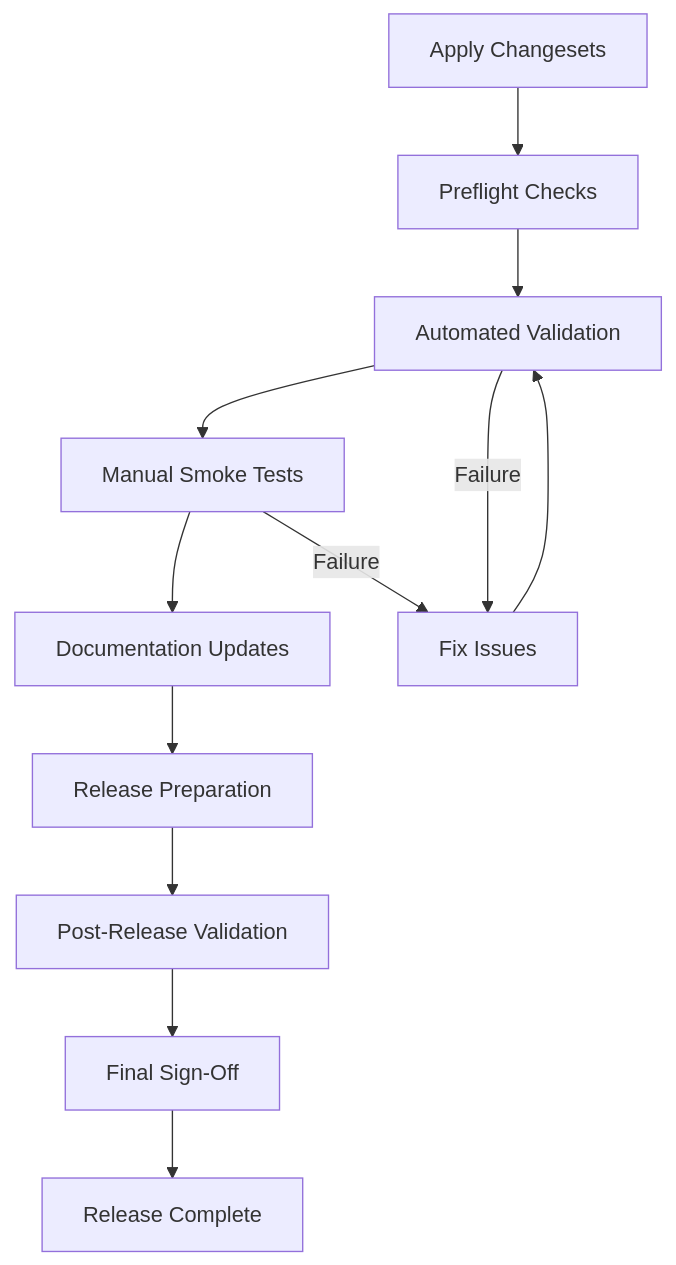
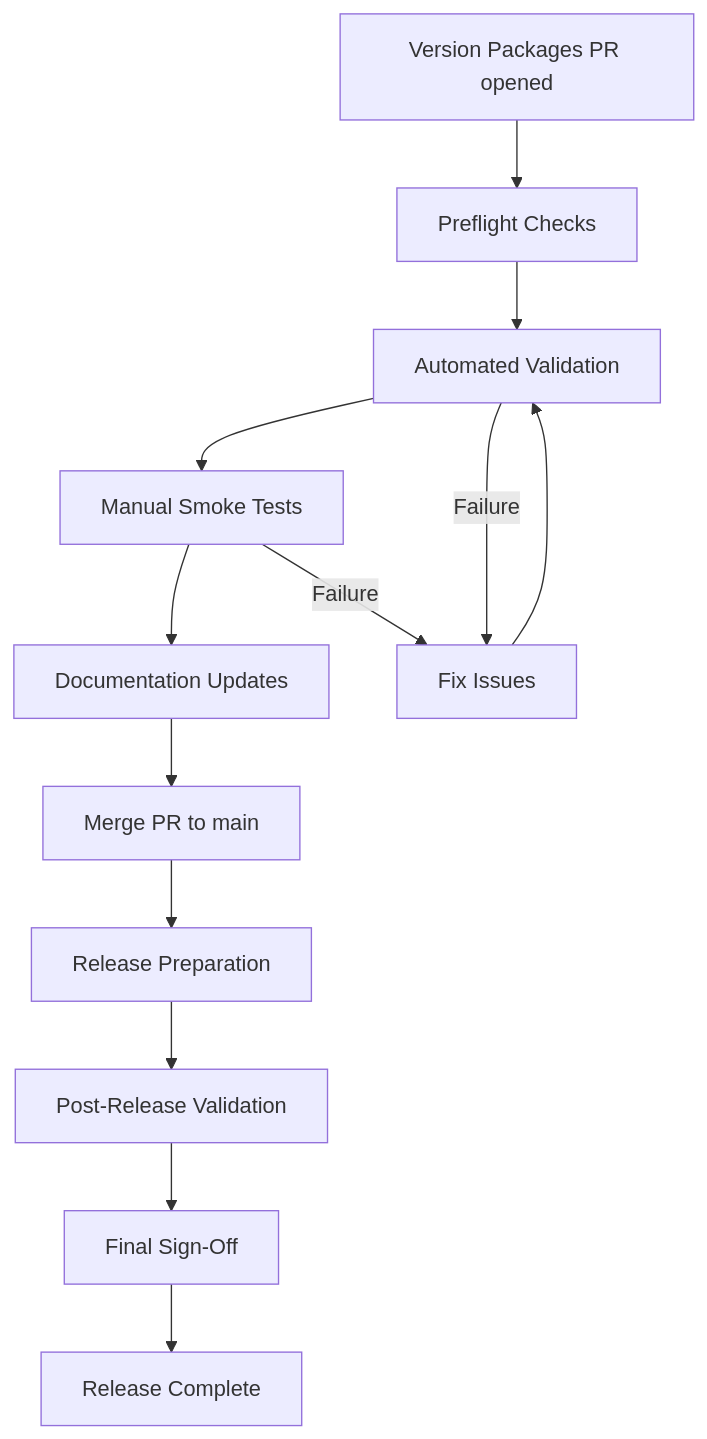
Before and after one commit to KingInYellows/yellow-plugins: the diagram in docs/operations/release-checklist.md, drawn with Mermaid. The commit also changed other lines of this file and 10 other files, not shown here.

````diff
--- a/docs/operations/release-checklist.md
+++ b/docs/operations/release-checklist.md
@@ -88,16 +90,17 @@
 ```mermaid
 graph TD
-    P[Apply Changesets] --> A[Preflight Checks]
+    P[Version Packages PR opened] --> A[Preflight Checks]
     A --> B[Automated Validation]
     B --> C[Manual Smoke Tests]
     C --> D[Documentation Updates]
-    D --> E[Release Preparation]
+    D --> M[Merge PR to main]
+    M --> E[Release Preparation]
     E --> F[Post-Release Validation]
     F --> G[Final Sign-Off]
 
     B -->|Failure| H[Fix Issues]
     C -->|Failure| H
     H --> B
 
     G --> I[Release Complete]
 ```
````
